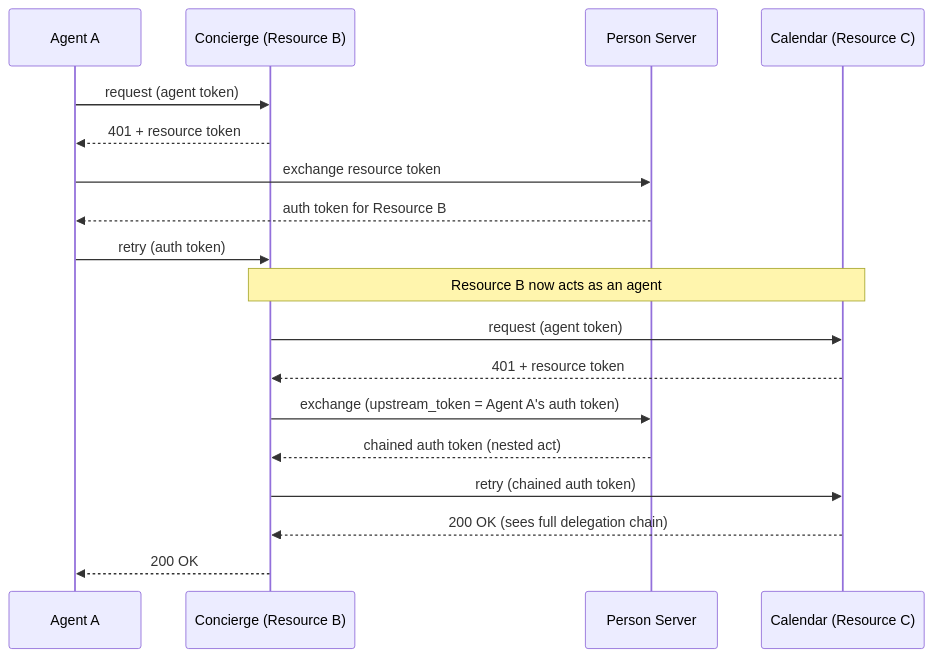
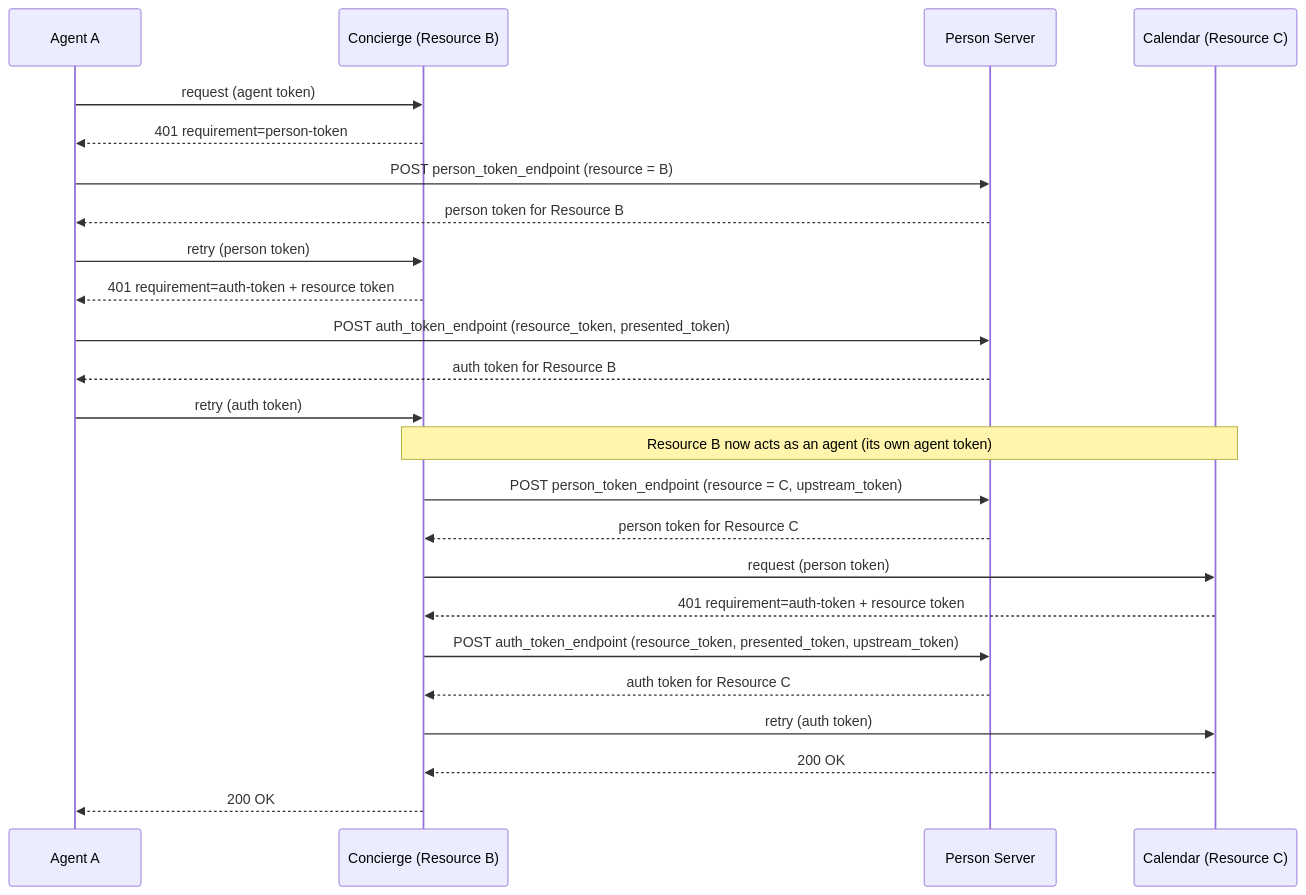
Before and after one commit to aauth-dev/dotnet-samples: the diagram in docs/workflows/call-chaining.md, drawn with Mermaid. The commit also changed other lines of this file and 26 other files, not shown here.

````diff
--- a/docs/workflows/call-chaining.md
+++ b/docs/workflows/call-chaining.md
@@ -7,22 +11,28 @@
 ```mermaid
 sequenceDiagram
     participant A as Agent A
     participant B as Concierge (Resource B)
     participant PS as Person Server
     participant C as Calendar (Resource C)
 
     A->>B: request (agent token)
-    B-->>A: 401 + resource token
-    A->>PS: exchange resource token
+    B-->>A: 401 requirement=person-token
+    A->>PS: POST person_token_endpoint (resource = B)
+    PS-->>A: person token for Resource B
+    A->>B: retry (person token)
+    B-->>A: 401 requirement=auth-token + resource token
+    A->>PS: POST auth_token_endpoint (resource_token, presented_token)
     PS-->>A: auth token for Resource B
     A->>B: retry (auth token)
 
-    Note over B,C: Resource B now acts as an agent
-    B->>C: request (agent token)
-    C-->>B: 401 + resource token
-    B->>PS: exchange (upstream_token = Agent A's auth token)
-    PS-->>B: chained auth token (nested act)
-    B->>C: retry (chained auth token)
-    C-->>B: 200 OK (sees full delegation chain)
+    Note over B,C: Resource B now acts as an agent (its own agent token)
+    B->>PS: POST person_token_endpoint (resource = C, upstream_token)
+    PS-->>B: person token for Resource C
+    B->>C: request (person token)
+    C-->>B: 401 requirement=auth-token + resource token
+    B->>PS: POST auth_token_endpoint (resource_token, presented_token, upstream_token)
+    PS-->>B: auth token for Resource C
+    B->>C: retry (auth token)
+    C-->>B: 200 OK
     B-->>A: 200 OK
 ```
````
